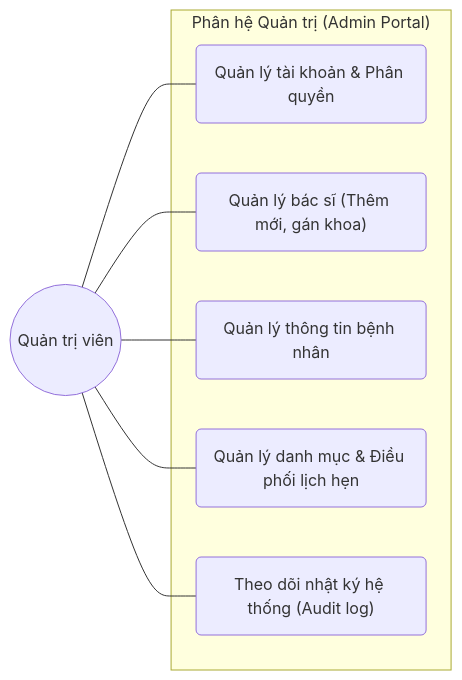
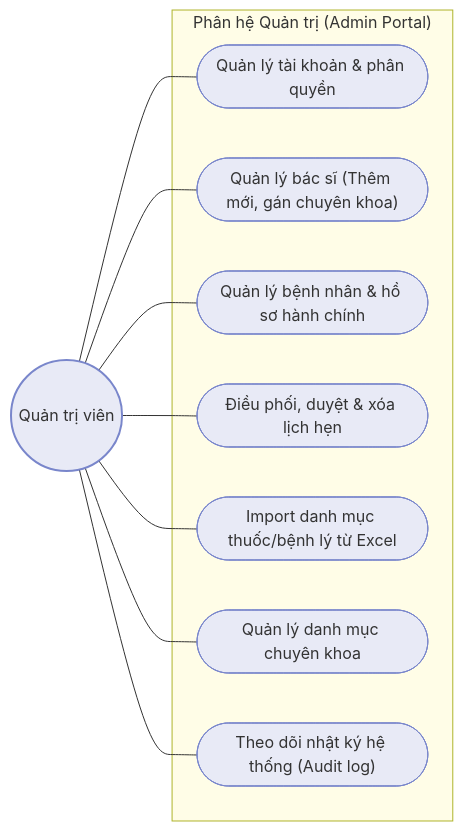
Before and after one commit to Anh-iscrying/MediCore_v2: the fourth of 4 diagrams in docs/srs.md, drawn with Mermaid. The commit also changed other lines of this file and 6 other files, not shown here.

````diff
--- a/docs/srs.md
+++ b/docs/srs.md
@@ -326,18 +365,33 @@
 ```mermaid
 graph LR
     Admin((Quản trị viên))
 
-    subgraph "Phân hệ Quản trị (Admin Portal)"
-        UC_ManageUsers("Quản lý tài khoản & Phân quyền")
-        UC_ManageDoctors("Quản lý bác sĩ (Thêm mới, gán khoa)")
-        UC_ManagePatients("Quản lý thông tin bệnh nhân")
-        UC_ManageSettings("Quản lý danh mục & Điều phối lịch hẹn")
-        UC_AuditLog("Theo dõi nhật ký hệ thống (Audit log)")
+    subgraph AdminPortal ["Phân hệ Quản trị (Admin Portal)"]
+        UC_ManageAccounts(["Quản lý tài khoản & phân quyền"])
+        UC_ManageDocs(["Quản lý bác sĩ (Thêm mới, gán chuyên khoa)"])
+        UC_ManagePats(["Quản lý bệnh nhân & hồ sơ hành chính"])
+        UC_ManageSettings(["Điều phối, duyệt & xóa lịch hẹn"])
+        UC_ImportCatalog(["Import danh mục thuốc/bệnh lý từ Excel"])
+        UC_ManageSpecialty(["Quản lý danh mục chuyên khoa"])
+        UC_AuditLog(["Theo dõi nhật ký hệ thống (Audit log)"])
     end
 
-    Admin --- UC_ManageUsers
-    Admin --- UC_ManageDoctors
-    Admin --- UC_ManagePatients
+    Admin --- UC_ManageAccounts
+    Admin --- UC_ManageDocs
+    Admin --- UC_ManagePats
     Admin --- UC_ManageSettings
+    Admin --- UC_ImportCatalog
+    Admin --- UC_ManageSpecialty
     Admin --- UC_AuditLog
+
+    %% Style Rules
+    style Admin fill:#e8eaf6,stroke:#7986cb,stroke-width:2px;
+    style UC_ManageAccounts fill:#e8eaf6,stroke:#7986cb,stroke-width:1px;
+    style UC_ManageDocs fill:#e8eaf6,stroke:#7986cb,stroke-width:1px;
+    style UC_ManagePats fill:#e8eaf6,stroke:#7986cb,stroke-width:1px;
+    style UC_ManageSettings fill:#e8eaf6,stroke:#7986cb,stroke-width:1px;
+    style UC_ImportCatalog fill:#e8eaf6,stroke:#7986cb,stroke-width:1px;
+    style UC_ManageSpecialty fill:#e8eaf6,stroke:#7986cb,stroke-width:1px;
+    style UC_AuditLog fill:#e8eaf6,stroke:#7986cb,stroke-width:1px;
+    style AdminPortal fill:#fffde7,stroke:#afb42b,stroke-width:1px;
 ```
````
